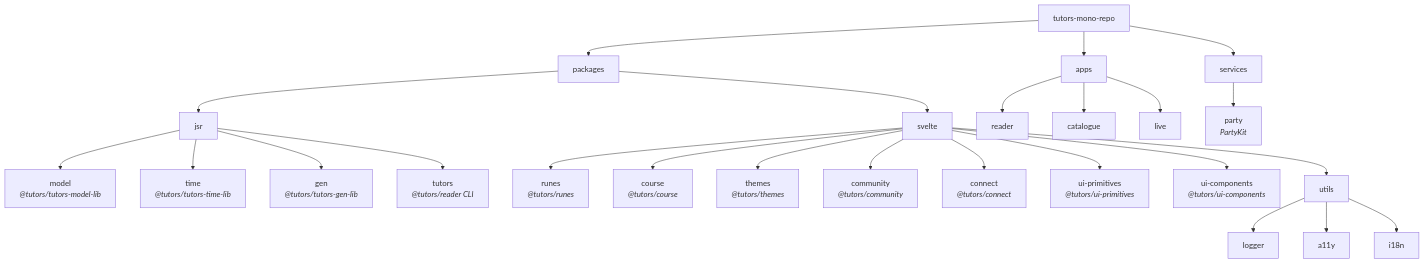
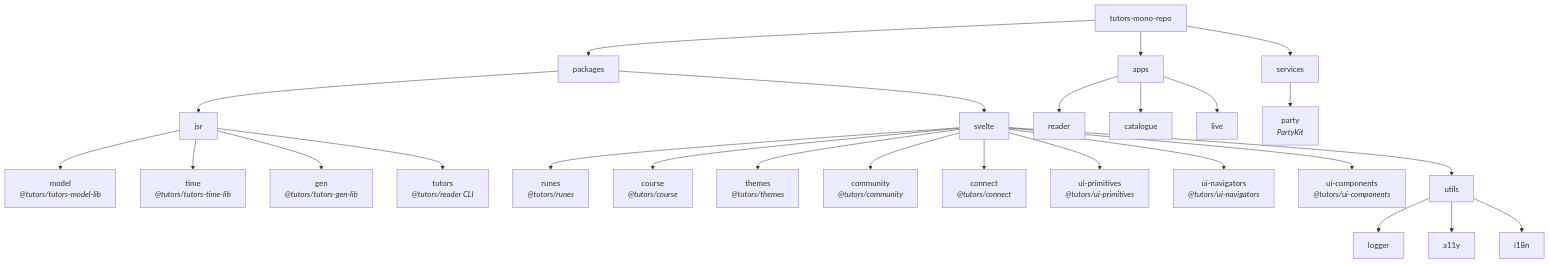
Before and after one commit to tutors-sdk/tutors-reference-manual: the fourth of 14 diagrams in unit-4-dev/note-architecture/note-architecture.md, drawn with Mermaid. The commit also changed other lines of this file and 8 other files, not shown here.

Commit message:
updated architecture

````diff
--- a/unit-4-dev/note-architecture/note-architecture.md
+++ b/unit-4-dev/note-architecture/note-architecture.md
@@ -220,34 +222,35 @@
 ```mermaid
 graph TD
   root["tutors-mono-repo"]
 
   root --> packages
   root --> apps
   root --> services
 
   packages --> jsr
   packages --> svelte_pkg["svelte"]
 
   jsr --> model["model<br/><i>@tutors/tutors-model-lib</i>"]
   jsr --> time["time<br/><i>@tutors/tutors-time-lib</i>"]
   jsr --> gen["gen<br/><i>@tutors/tutors-gen-lib</i>"]
   jsr --> tutors_cli["tutors<br/><i>@tutors/reader CLI</i>"]
 
   svelte_pkg --> runes["runes<br/><i>@tutors/runes</i>"]
   svelte_pkg --> course["course<br/><i>@tutors/course</i>"]
   svelte_pkg --> themes["themes<br/><i>@tutors/themes</i>"]
   svelte_pkg --> community["community<br/><i>@tutors/community</i>"]
   svelte_pkg --> connect["connect<br/><i>@tutors/connect</i>"]
   svelte_pkg --> ui_prim["ui-primitives<br/><i>@tutors/ui-primitives</i>"]
+  svelte_pkg --> ui_nav["ui-navigators<br/><i>@tutors/ui-navigators</i>"]
   svelte_pkg --> ui_comp["ui-components<br/><i>@tutors/ui-components</i>"]
   svelte_pkg --> utils
   utils --> logger["logger"]
   utils --> a11y["a11y"]
   utils --> i18n["i18n"]
 
   apps --> reader_app["reader"]
   apps --> catalogue_app["catalogue"]
   apps --> live_app["live"]
 
   services --> party["party<br/><i>PartyKit</i>"]
 ```
````
